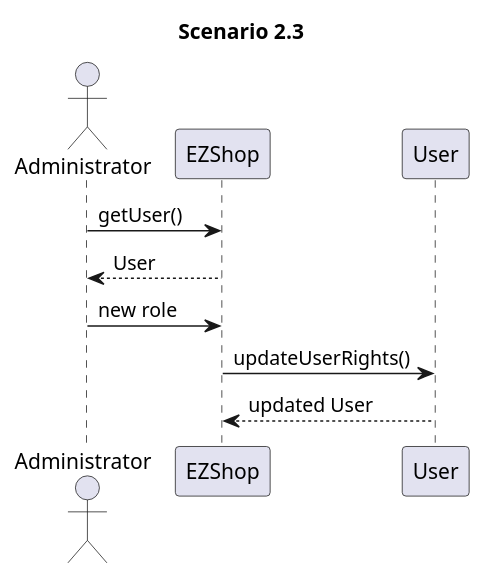
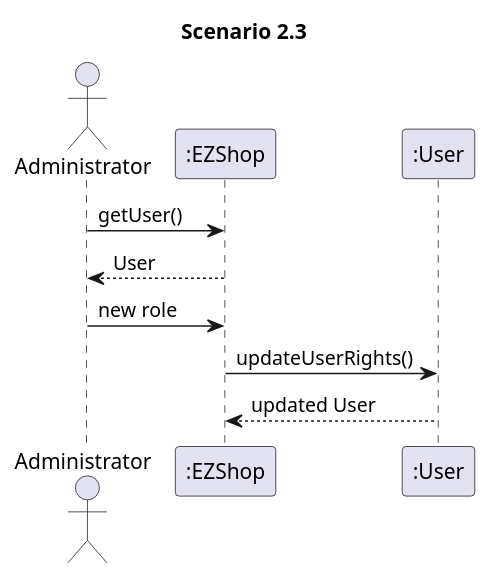
One commit to marco-ballario/EzShop changed the fifth of 10 diagrams in Deliverables/DesignDocument.md. Above: the diagram before and after it, drawn with PlantUML. The commit also changed other lines of this file, not shown here.

Commit message:
fix: scenario as instances

````diff
--- a/Deliverables/DesignDocument.md
+++ b/Deliverables/DesignDocument.md
@@ -290,9 +290,9 @@
 ```plantuml
 title Scenario 2.3
 actor Administrator
-Administrator-> EZShop : getUser()
-EZShop --> Administrator: User
-Administrator -> EZShop : new role
-EZShop -> User: updateUserRights()
-User--> EZShop : updated User
+Administrator-> ":EZShop" : getUser()
+":EZShop" --> Administrator: User
+Administrator -> ":EZShop" : new role
+":EZShop" -> ":User": updateUserRights()
+":User"--> ":EZShop" : updated User
 ```
````
